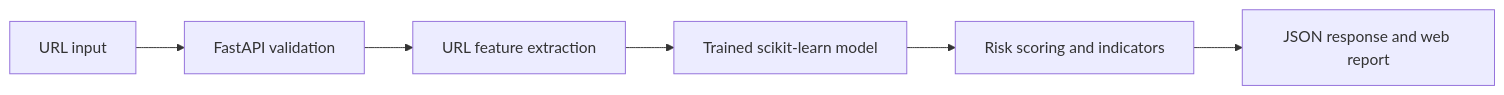
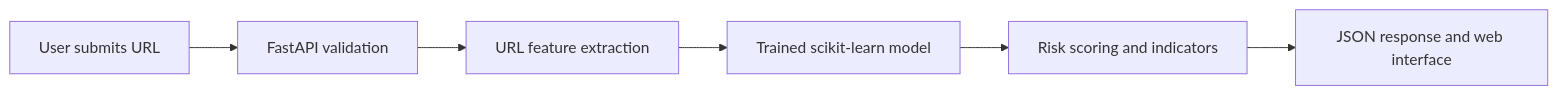
The first of 2 diagrams in README.md (maanik-chandela/Phishing-Detection-System), drawn with Mermaid before and after one commit. The commit also changed other lines of this file, not shown here.

````diff
--- a/README.md
+++ b/README.md
@@ -47,8 +82,8 @@
 ```mermaid
 flowchart LR
-  U[URL input] --> V[FastAPI validation]
-  V --> F[URL feature extraction]
-  F --> M[Trained scikit-learn model]
-  M --> R[Risk scoring and indicators]
-  R --> O[JSON response and web report]
+    A[User submits URL] --> B[FastAPI validation]
+    B --> C[URL feature extraction]
+    C --> D[Trained scikit-learn model]
+    D --> E[Risk scoring and indicators]
+    E --> F[JSON response and web interface]
 ```
````
